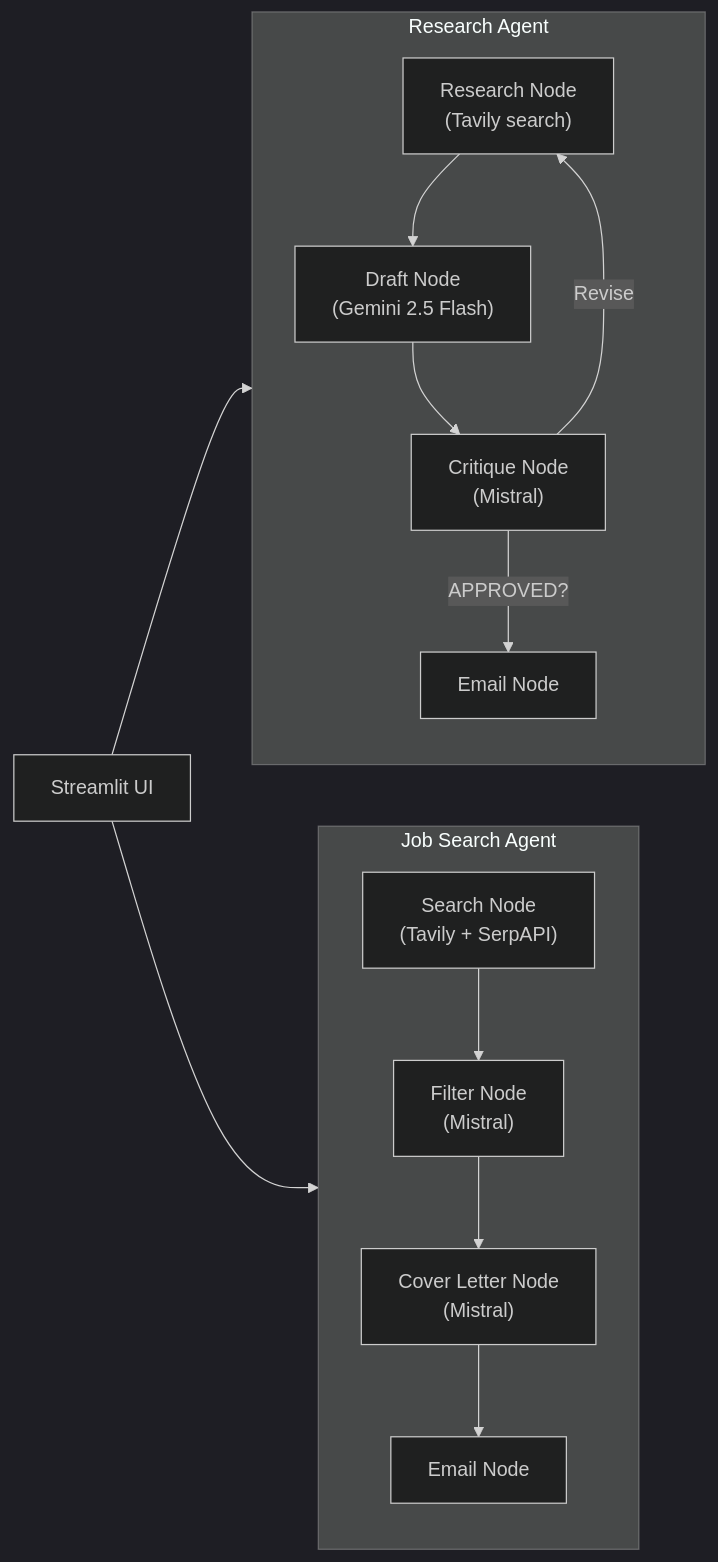
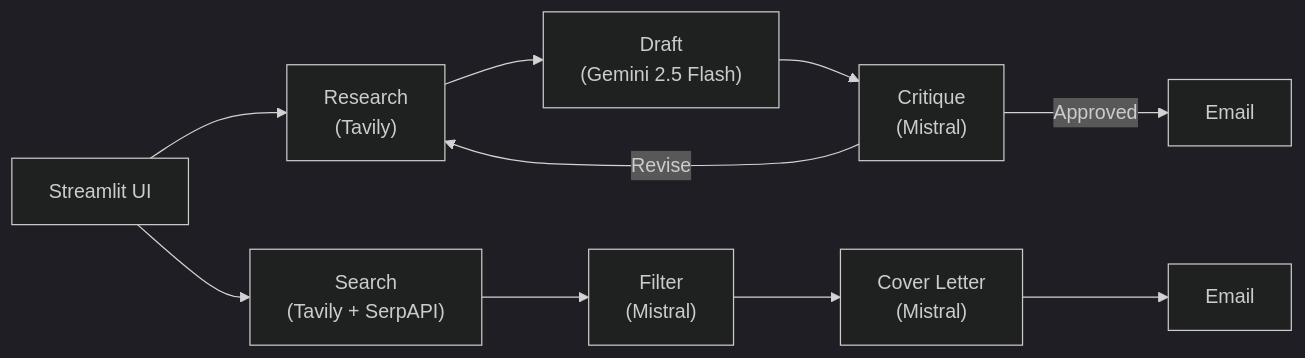
The diagram in README.md (kairav7220/deep-agent), drawn with Mermaid (dark theme) before and after one commit.

````diff
--- a/README.md
+++ b/README.md
@@ -45,19 +45,15 @@
 ```mermaid
 flowchart LR
-  UI["Streamlit UI"] --> Research["Research Agent"]
-  UI --> Job["Job Search Agent"]
+  UI["Streamlit UI"]
   
-  subgraph Research["Research Agent"]
-    R1["Research Node<br/>(Tavily search)"] --> R2["Draft Node<br/>(Gemini 2.5 Flash)"]
-    R2 --> R3["Critique Node<br/>(Mistral)"]
-    R3 -->|"APPROVED?"| R4["Email Node"]
-    R3 -->|"Revise"| R1
-  end
+  UI --> R1["Research<br/>(Tavily)"]
+  R1 --> R2["Draft<br/>(Gemini 2.5 Flash)"]
+  R2 --> R3["Critique<br/>(Mistral)"]
+  R3 -->|"Revise"| R1
+  R3 -->|"Approved"| R4["Email"]
   
-  subgraph Job["Job Search Agent"]
-    J1["Search Node<br/>(Tavily + SerpAPI)"]
-    J1 --> J2["Filter Node<br/>(Mistral)"]
-    J2 --> J3["Cover Letter Node<br/>(Mistral)"]
-    J3 --> J4["Email Node"]
-  end
+  UI --> J1["Search<br/>(Tavily + SerpAPI)"]
+  J1 --> J2["Filter<br/>(Mistral)"]
+  J2 --> J3["Cover Letter<br/>(Mistral)"]
+  J3 --> J4["Email"]
 ```
````
